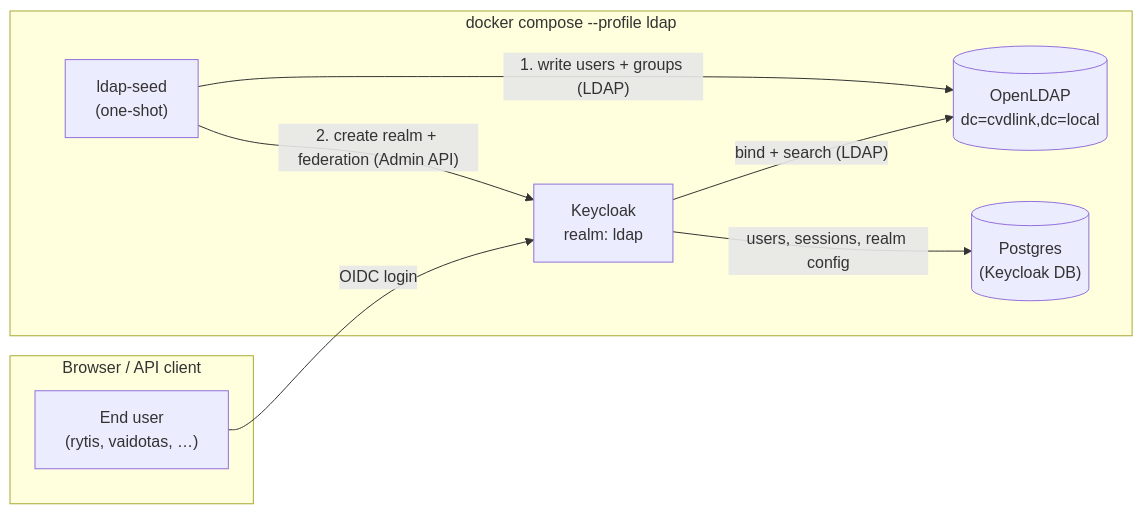
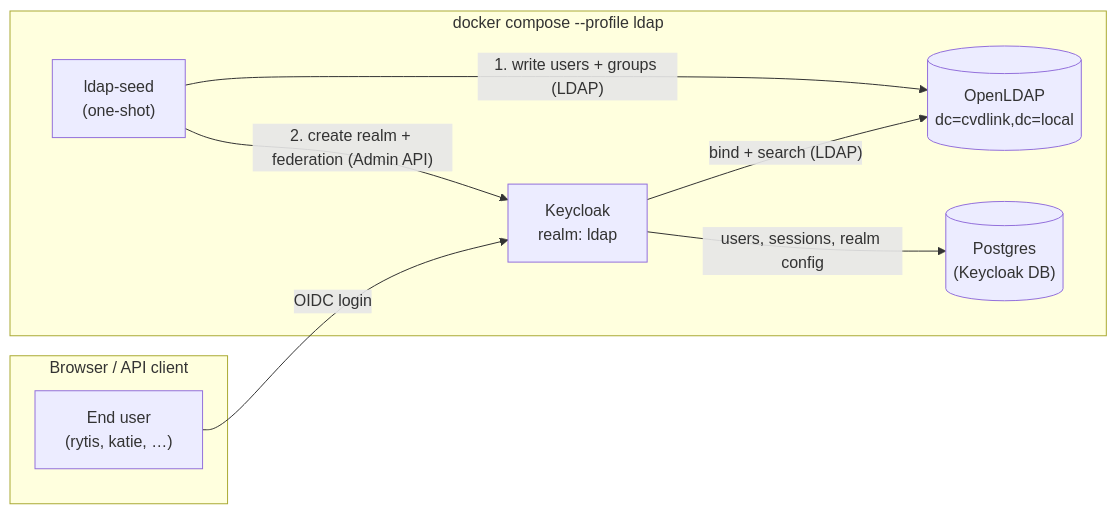
Before and after one commit to rytisss/keyclock_playground: the first of 2 diagrams in docs/04-ldap.md, drawn with Mermaid. The commit also changed other lines of this file and 9 other files, not shown here.

````diff
--- a/docs/04-ldap.md
+++ b/docs/04-ldap.md
@@ -74,19 +74,19 @@
 ```mermaid
 flowchart LR
     subgraph Browser["Browser / API client"]
-      user["End user<br/>(rytis, vaidotas, …)"]
+      user["End user<br/>(rytis, katie, …)"]
     end
 
     subgraph Stack["docker compose --profile ldap"]
       kc["Keycloak<br/>realm: ldap"]
       ldap[("OpenLDAP<br/>dc=cvdlink,dc=local")]
       seed["ldap-seed<br/>(one-shot)"]
       pg[("Postgres<br/>(Keycloak DB)")]
     end
 
     user -- "OIDC login" --> kc
     kc -- "bind + search (LDAP)" --> ldap
     kc -- "users, sessions, realm config" --> pg
     seed -- "1. write users + groups (LDAP)" --> ldap
     seed -- "2. create realm + federation (Admin API)" --> kc
 ```
````
